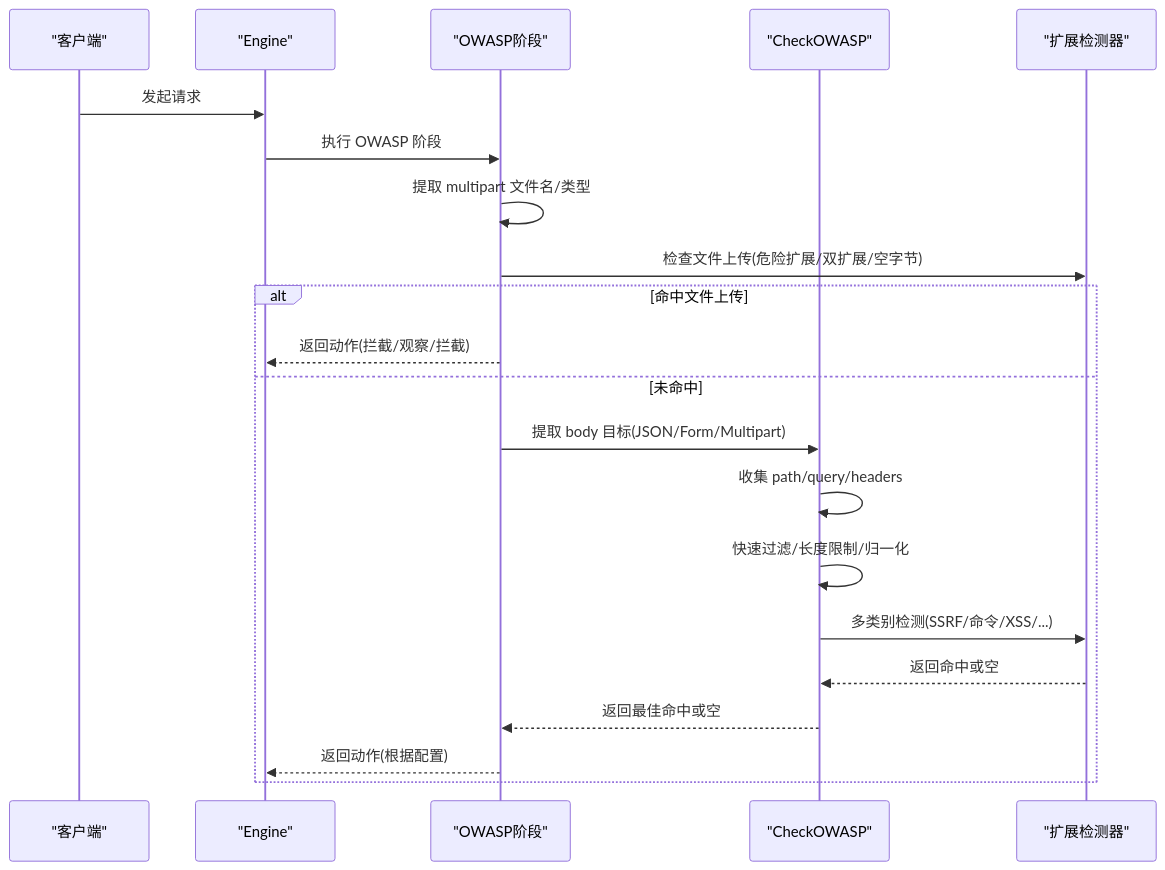
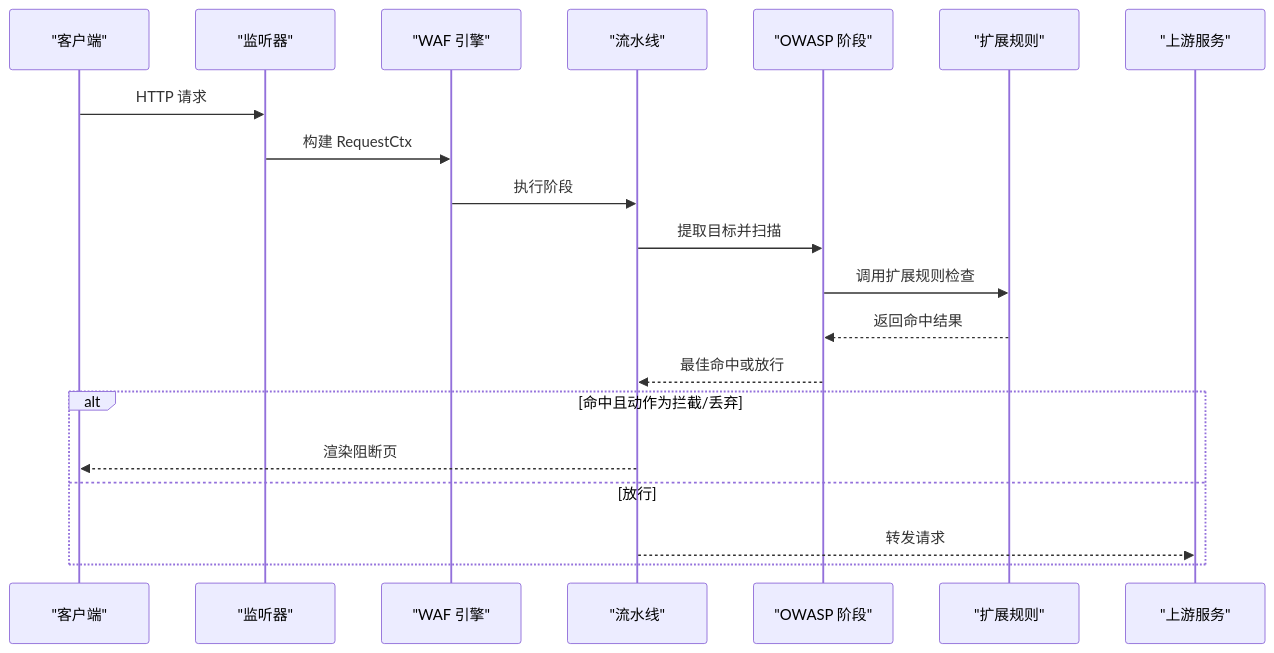
The second of 20 diagrams in docs/WAF 引擎系统/处理阶段详解/OWASP 默认检测阶段.md (x01n/My-OpenWaf), drawn with Mermaid before and after one commit. The commit also changed other lines of this file and 199 other files, not shown here.

````diff
--- a/docs/WAF 引擎系统/处理阶段详解/OWASP 默认检测阶段.md
+++ b/docs/WAF 引擎系统/处理阶段详解/OWASP 默认检测阶段.md
@@ -86,23 +80,22 @@
 ```mermaid
 sequenceDiagram
 participant Client as "客户端"
-participant Engine as "Engine"
-participant Phase as "OWASP阶段"
-participant OWASP as "CheckOWASP"
-participant Ext as "扩展检测器"
-Client->>Engine : 发起请求
-Engine->>Phase : 执行 OWASP 阶段
-Phase->>Phase : 提取 multipart 文件名/类型
-Phase->>Ext : 检查文件上传(危险扩展/双扩展/空字节)
-alt 命中文件上传
-Phase-->>Engine : 返回动作(拦截/观察/拦截)
-else 未命中
-Phase->>OWASP : 提取 body 目标(JSON/Form/Multipart)
-OWASP->>OWASP : 收集 path/query/headers
-OWASP->>OWASP : 快速过滤/长度限制/归一化
-OWASP->>Ext : 多类别检测(SSRF/命令/XSS/...)
-Ext-->>OWASP : 返回命中或空
-OWASP-->>Phase : 返回最佳命中或空
-Phase-->>Engine : 返回动作(根据配置)
+participant Listener as "监听器"
+participant Engine as "WAF 引擎"
+participant Pipeline as "流水线"
+participant OWASP as "OWASP 阶段"
+participant Ext as "扩展规则"
+participant Upstream as "上游服务"
+Client->>Listener : HTTP 请求
+Listener->>Engine : 构建 RequestCtx
+Engine->>Pipeline : 执行阶段
+Pipeline->>OWASP : 提取目标并扫描
+OWASP->>Ext : 调用扩展规则检查
+Ext-->>OWASP : 返回命中结果
+OWASP-->>Pipeline : 最佳命中或放行
+alt 命中且动作为拦截/丢弃
+Pipeline-->>Client : 渲染阻断页
+else 放行
+Pipeline-->>Upstream : 转发请求
 end
 ```
````
